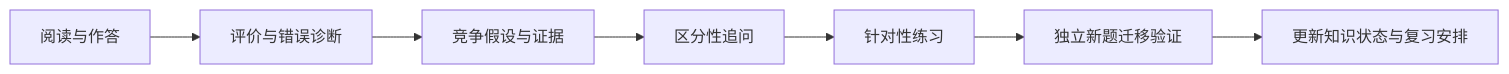
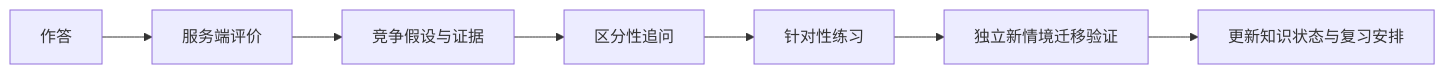
One commit to KaoruMiyagawa/UnlearnLoop changed the first of 2 diagrams in README.md. Above: the diagram before and after it, drawn with Mermaid. The commit also changed other lines of this file and 102 other files, not shown here.

````diff
--- a/README.md
+++ b/README.md
@@ -15,9 +17,9 @@
 ```mermaid
 flowchart LR
-    A[阅读与作答] --> B[评价与错误诊断]
+    A[作答] --> B[服务端评价]
     B --> C[竞争假设与证据]
     C --> D[区分性追问]
     D --> E[针对性练习]
-    E --> F[独立新题迁移验证]
+    E --> F[独立新情境迁移验证]
     F --> G[更新知识状态与复习安排]
 ```
````
